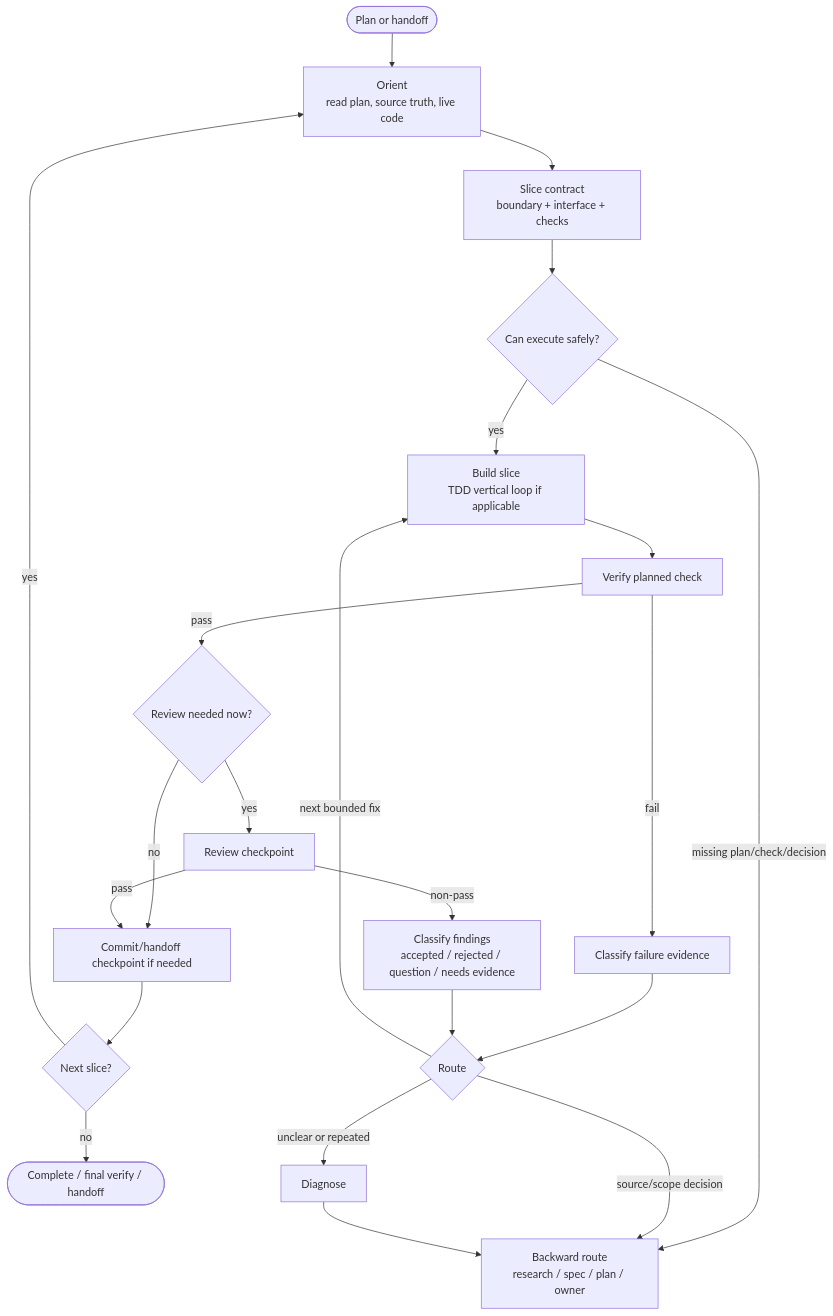
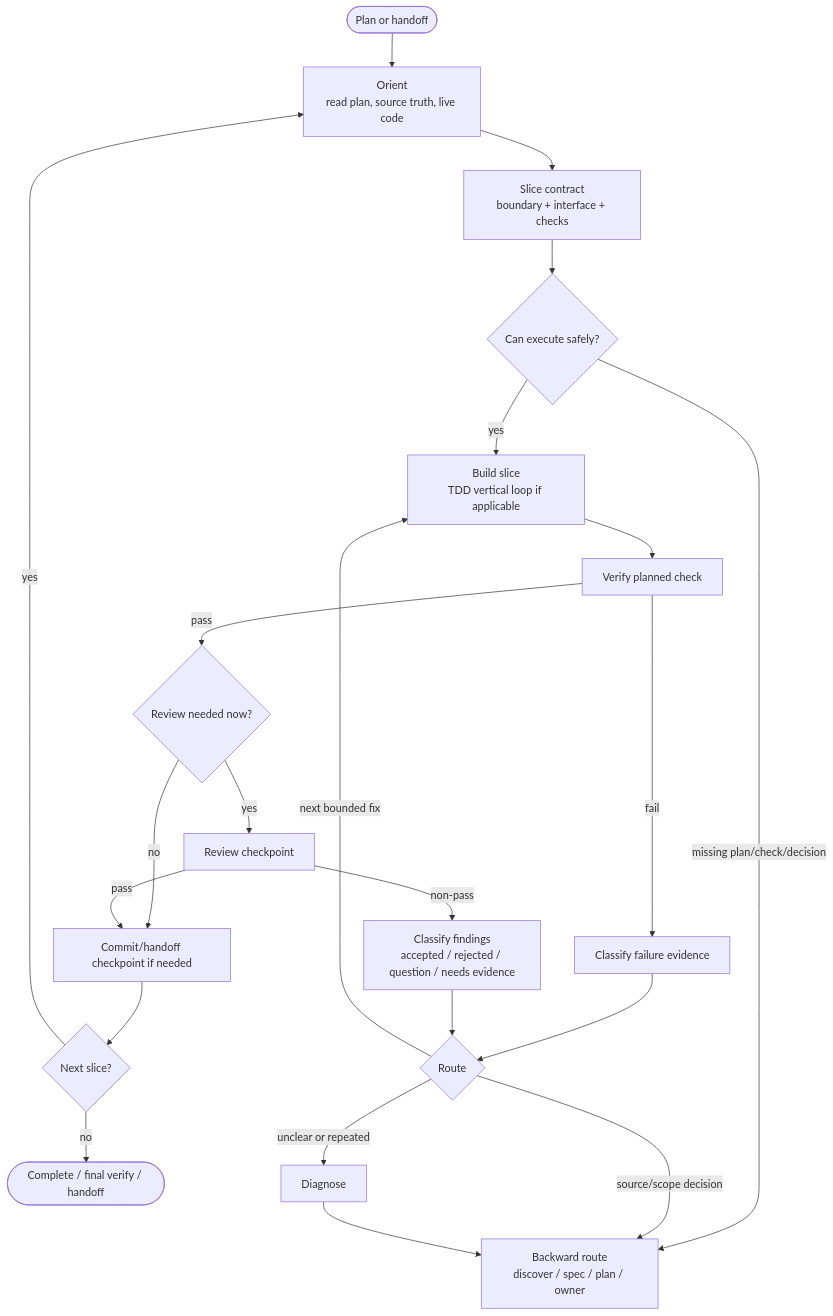
One commit to hassan-mohiddin/freeflow changed the diagram in plugins/freeflow/skills/execute-plan/references/execution-map.md. Above: the diagram before and after it, drawn with Mermaid. The commit also changed other lines of this file and 51 other files, not shown here.

````diff
--- a/plugins/freeflow/skills/execute-plan/references/execution-map.md
+++ b/plugins/freeflow/skills/execute-plan/references/execution-map.md
@@ -43,29 +43,29 @@
 ```mermaid
 flowchart TD
   Start([Plan or handoff]) --> Orient[Orient<br/>read plan, source truth, live code]
   Orient --> Contract[Slice contract<br/>boundary + interface + checks]
   Contract --> Decision{Can execute safely?}
 
   Decision -->|yes| Build[Build slice<br/>TDD vertical loop if applicable]
-  Decision -->|missing plan/check/decision| Back[Backward route<br/>research / spec / plan / owner]
+  Decision -->|missing plan/check/decision| Back[Backward route<br/>discover / spec / plan / owner]
 
   Build --> Verify[Verify planned check]
   Verify -->|pass| ReviewGate{Review needed now?}
   Verify -->|fail| Fail[Classify failure evidence]
 
   ReviewGate -->|no| Checkpoint[Commit/handoff checkpoint if needed]
   ReviewGate -->|yes| Review[Review checkpoint]
   Review -->|pass| Checkpoint
   Review -->|non-pass| ReviewFail[Classify findings<br/>accepted / rejected / question / needs evidence]
 
   Checkpoint --> Next{Next slice?}
   Next -->|yes| Orient
   Next -->|no| Done([Complete / final verify / handoff])
 
   Fail --> Route{Route}
   ReviewFail --> Route
   Route -->|next bounded fix| Build
   Route -->|unclear or repeated| Diagnose[Diagnose]
   Route -->|source/scope decision| Back
   Diagnose --> Back
 ```
````
